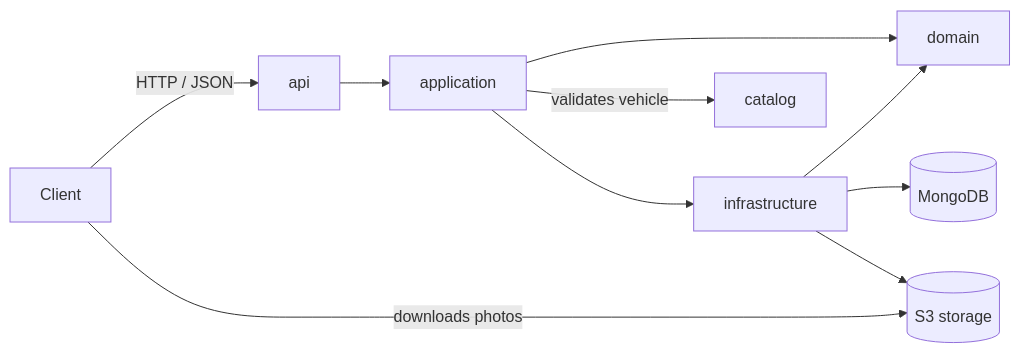
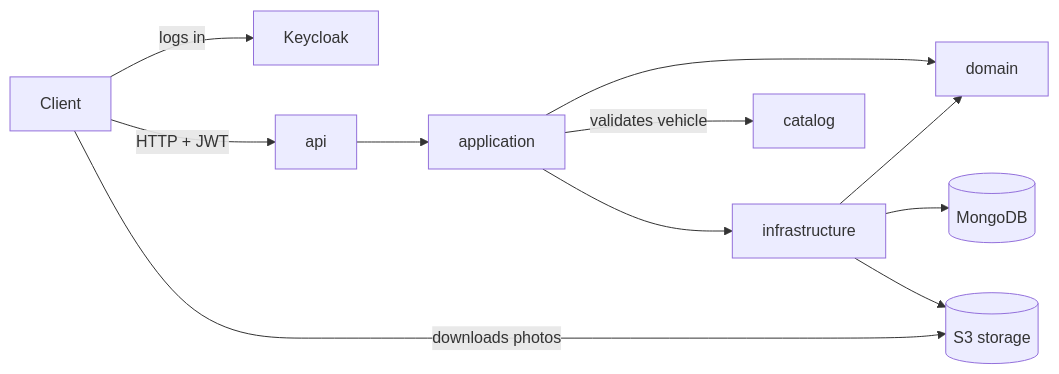
The diagram in README.md (Wissem-Ayed/car-marketplace-api), drawn with Mermaid before and after one commit. The commit also changed other lines of this file and 36 other files, not shown here.

````diff
--- a/README.md
+++ b/README.md
@@ -60,12 +63,13 @@
 ```mermaid
 flowchart LR
-    Client -->|HTTP / JSON| API[api]
+    Client -->|logs in| KC[Keycloak]
+    Client -->|HTTP + JWT| API[api]
     API --> APP[application]
     APP --> DOMAIN[domain]
     APP --> INFRA[infrastructure]
     INFRA --> DOMAIN
     INFRA --> DB[(MongoDB)]
     INFRA --> S3[(S3 storage)]
     Client -->|downloads photos| S3
     APP -->|validates vehicle| CATALOG[catalog]
 ```
````
